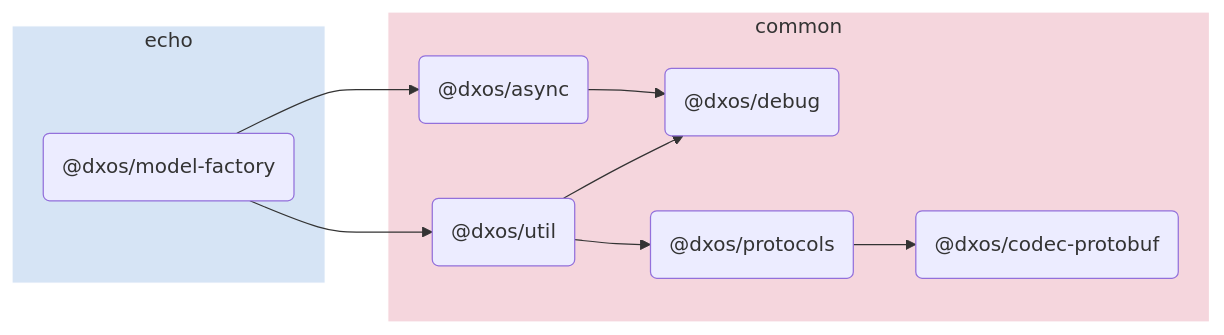
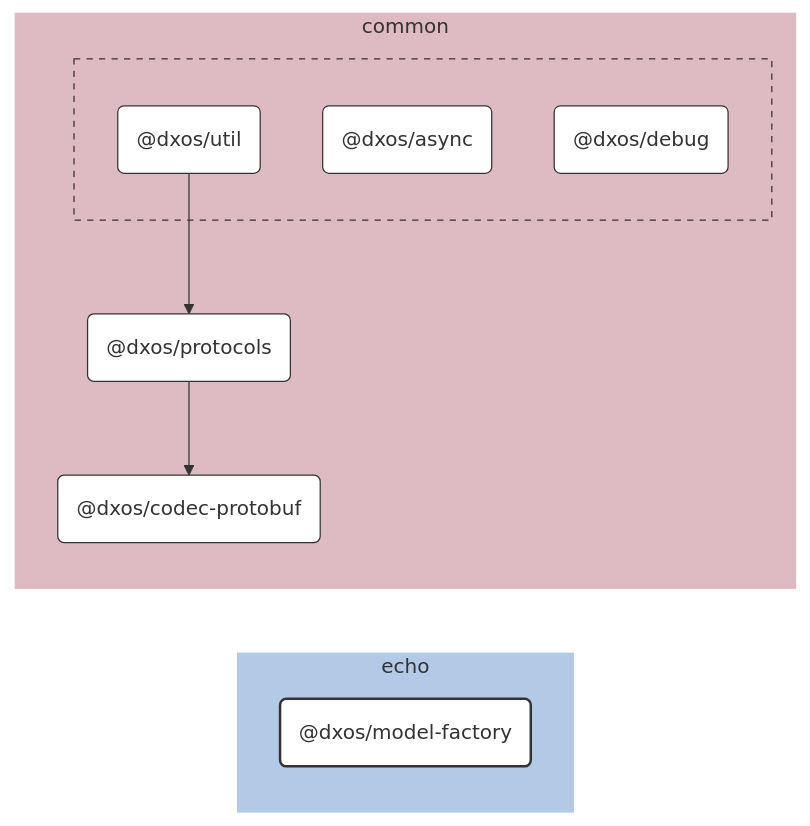
One commit to dxos/dxos changed the diagram in packages/echo/model-factory/docs/README.md. Above: the diagram before and after it, drawn with Mermaid. The commit also changed other lines of this file and 109 other files, not shown here.

````diff
--- a/packages/echo/model-factory/docs/README.md
+++ b/packages/echo/model-factory/docs/README.md
@@ -5,24 +7,52 @@
 ```mermaid
-flowchart LR;
+%%{ init: {'flowchart':{'curve':'basis'}} }%%
 
+flowchart LR
+
+%% Links
+dxos/protocols --> dxos/codec-protobuf;
+dxos/util --> dxos/protocols;
+
+%% Sections
 subgraph echo
-  style echo fill:#d6e4f5,stroke:#fff;
-  dxos/model-factory("@dxos/model-factory");
+  style echo fill:#b3cae6,stroke:#fff;
+
+  dxos/model-factory("@dxos/model-factory")
 end
 
 subgraph common
-  style common fill:#f5d6dd,stroke:#fff;
-  dxos/async("@dxos/async");
-  dxos/debug("@dxos/debug");
-  dxos/codec-protobuf("@dxos/codec-protobuf");
-  dxos/protocols("@dxos/protocols");
-  dxos/util("@dxos/util");
+  style common fill:#debac2,stroke:#fff;
+
+  dxos/codec-protobuf("@dxos/codec-protobuf")
+  dxos/protocols("@dxos/protocols")
+
+  subgraph common-excluded [ ]
+    style common-excluded fill:#debac2,stroke:#333,stroke-dasharray:5 5;
+
+    dxos/async("@dxos/async")
+    dxos/debug("@dxos/debug")
+    dxos/util("@dxos/util")
+  end
 end
 
-dxos/model-factory --> dxos/async;
-dxos/async --> dxos/debug;
-dxos/protocols --> dxos/codec-protobuf;
-dxos/model-factory --> dxos/util;
-dxos/util --> dxos/debug;
-dxos/util --> dxos/protocols;
+
+%% Hyperlinks
+click dxos/async href "https:/github.com/dxos/dxos/tree/main/packages/common/async/docs";
+click dxos/codec-protobuf href "https:/github.com/dxos/dxos/tree/main/packages/common/codec-protobuf/docs";
+click dxos/debug href "https:/github.com/dxos/dxos/tree/main/packages/common/debug/docs";
+click dxos/protocols href "https:/github.com/dxos/dxos/tree/main/packages/common/protocols/docs";
+click dxos/util href "https:/github.com/dxos/dxos/tree/main/packages/common/util/docs";
+
+%% Styles
+classDef rootNode fill:#fff,stroke:#333,stroke-width:2px
+classDef defaultNode fill:#fff,stroke:#333,stroke-width:1px
+linkStyle default stroke:#333,stroke-width:1px
+
+dxos/model-factory:::rootNode
+
+dxos/async:::defaultNode
+dxos/codec-protobuf:::defaultNode
+dxos/debug:::defaultNode
+dxos/protocols:::defaultNode
+dxos/util:::defaultNode
 ```
````
